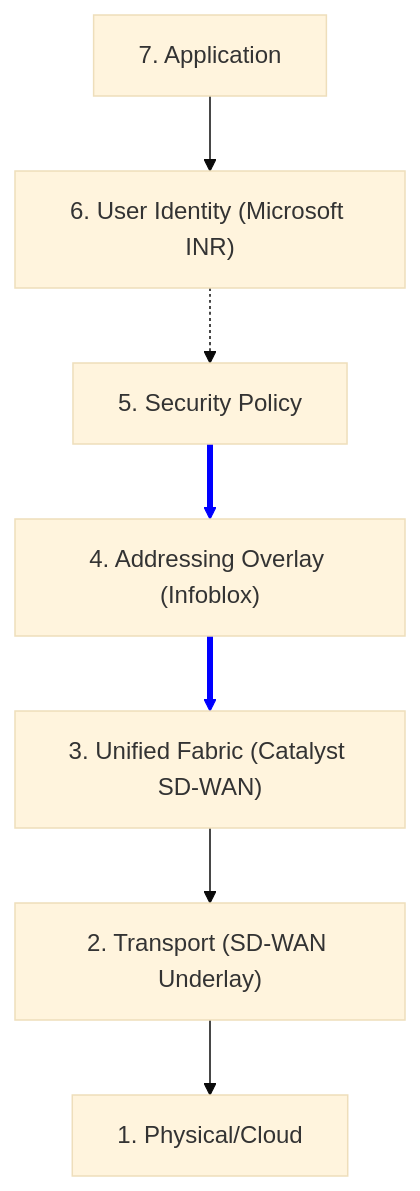
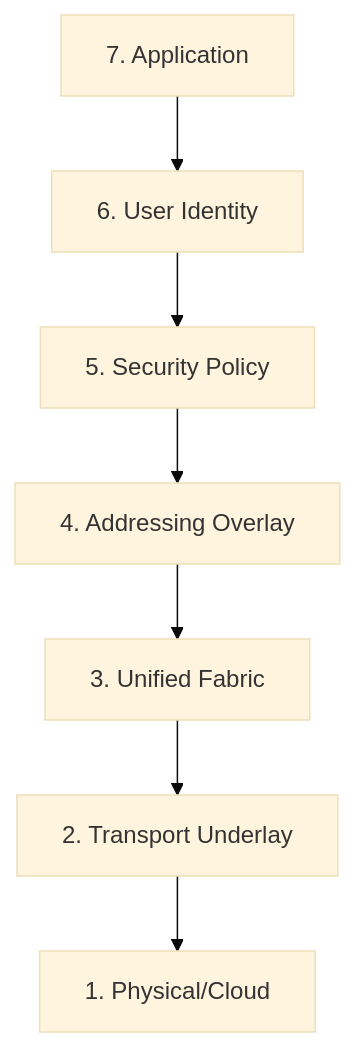
One commit to WhalerMike/uiao changed the fifth of 12 diagrams in diagram-review.md. Above: the diagram before and after it, drawn with Mermaid (base theme). The commit also changed other lines of this file, not shown here.

Commit message:
Simplify all 12 Mermaid diagrams to vanilla syntax for GitHub compatibility

````diff
--- a/diagram-review.md
+++ b/diagram-review.md
@@ -116,19 +67,9 @@
 ```mermaid
 graph TD
-    L7["7. Application"]
-    L6["6. User Identity (Microsoft INR)"]
-    L5["5. Security Policy"]
-    L4["4. Addressing Overlay (Infoblox)"]
-    L3["3. Unified Fabric (Catalyst SD-WAN)"]
-    L2["2. Transport (SD-WAN Underlay)"]
-    L1["1. Physical/Cloud"]
-
-    L7 --> L6
-    L6 -.-> L5
-    L5 ==> L4
-    L4 ==> L3
-    L3 --> L2
-    L2 --> L1
-
-    linkStyle 2,3 stroke-width:4px,fill:none,stroke:blue
+    L7[7. Application] --> L6[6. User Identity]
+    L6 --> L5[5. Security Policy]
+    L5 --> L4[4. Addressing Overlay]
+    L4 --> L3[3. Unified Fabric]
+    L3 --> L2[2. Transport Underlay]
+    L2 --> L1[1. Physical/Cloud]
 ```
````
